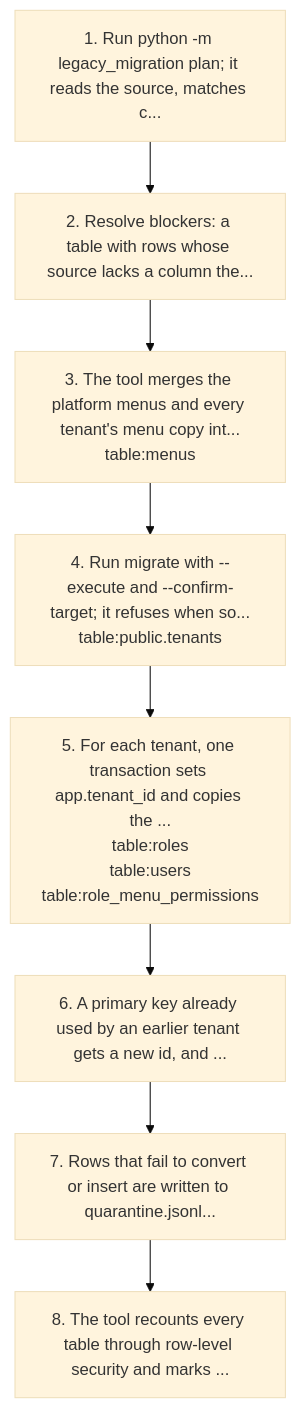
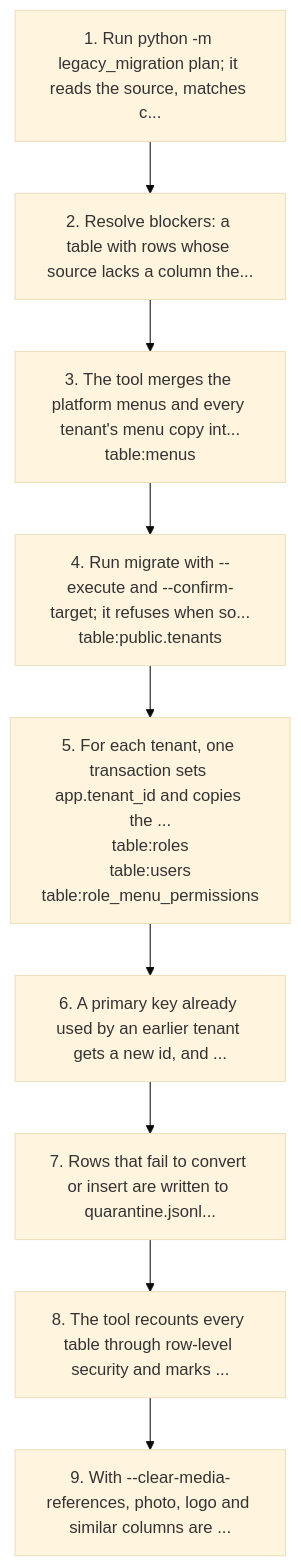
Before and after one commit to nerellasraj21/cos360_full_app: the fifth of 7 diagrams in docs/graph/views/tenants-and-admin.md, drawn with Mermaid (base theme). The commit also changed other lines of this file and 7 other files, not shown here.

First line of the commit message:
Add --clear-media-references to the legacy migration

````diff
--- a/docs/graph/views/tenants-and-admin.md
+++ b/docs/graph/views/tenants-and-admin.md
@@ -277,18 +278,20 @@
 ```mermaid
 flowchart TD
   s1["1. Run python -m legacy_migration plan; it reads the source, matches c..."]
   s2["2. Resolve blockers: a table with rows whose source lacks a column the..."]
   s1 --> s2
   s3["3. The tool merges the platform menus and every tenant's menu copy int...<br/>table:menus"]
   s2 --> s3
   s4["4. Run migrate with --execute and --confirm-target; it refuses when so...<br/>table:public.tenants"]
   s3 --> s4
   s5["5. For each tenant, one transaction sets app.tenant_id and copies the ...<br/>table:roles<br/>table:users<br/>table:role_menu_permissions"]
   s4 --> s5
   s6["6. A primary key already used by an earlier tenant gets a new id, and ..."]
   s5 --> s6
   s7["7. Rows that fail to convert or insert are written to quarantine.jsonl..."]
   s6 --> s7
   s8["8. The tool recounts every table through row-level security and marks ..."]
   s7 --> s8
+  s9["9. With --clear-media-references, photo, logo and similar columns are ..."]
+  s8 --> s9
 ```
````
